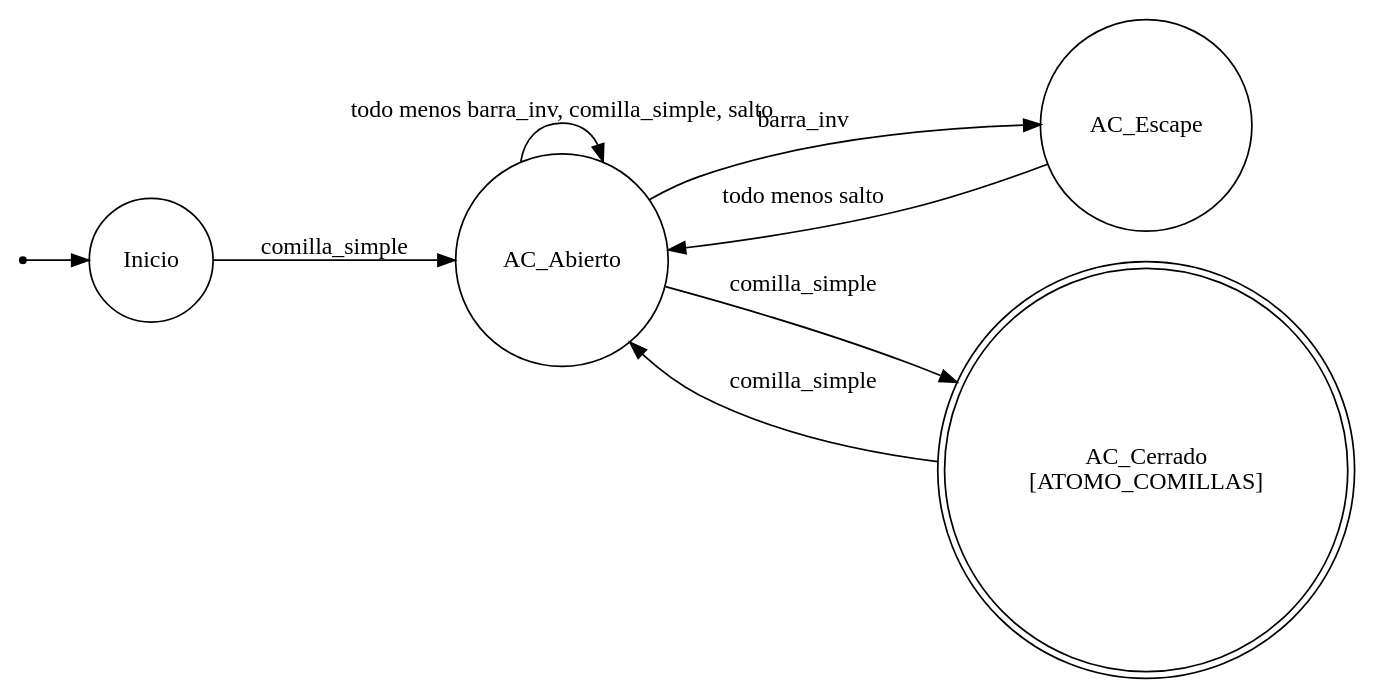
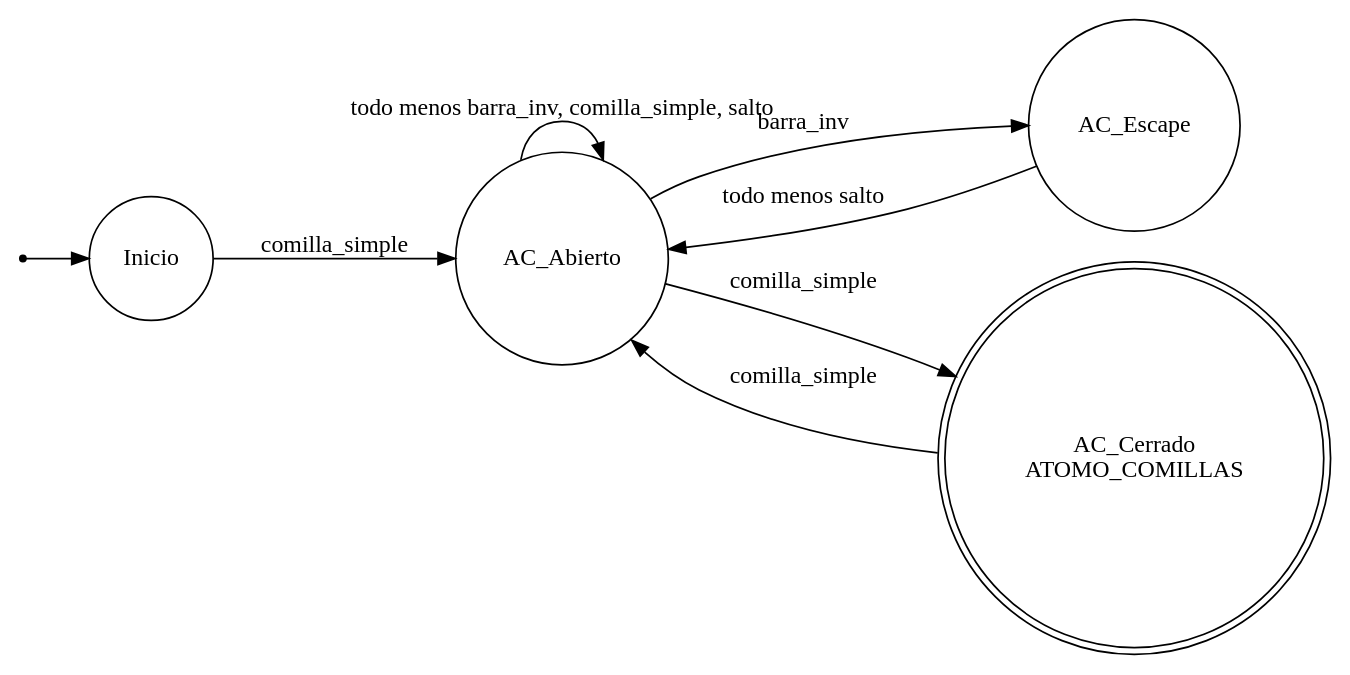
Before and after one commit to Insert-name-115/Tarea-de-teoria-de-computacion: the diagram in automatas/atomo_comillas.dot, drawn with Graphviz. The commit also changed 16 other files, not shown here.

```diff
--- a/automatas/atomo_comillas.dot
+++ b/automatas/atomo_comillas.dot
@@ -1,15 +1,15 @@
 digraph ATOMO_COMILLAS {
 	rankdir=LR
 	"" [shape=point]
+	AC_Escape [shape=circle]
+	AC_Abierto [shape=circle]
+	AC_Cerrado [label="AC_Cerrado\nATOMO_COMILLAS" shape=doublecircle]
 	Inicio [shape=circle]
-	AC_Escape [shape=circle]
-	AC_Cerrado [label="AC_Cerrado\n[ATOMO_COMILLAS]" shape=doublecircle]
-	AC_Abierto [shape=circle]
 	"" -> Inicio
 	Inicio -> AC_Abierto [label=comilla_simple]
 	AC_Abierto -> AC_Abierto [label="todo menos barra_inv, comilla_simple, salto"]
 	AC_Abierto -> AC_Escape [label=barra_inv]
 	AC_Escape -> AC_Abierto [label="todo menos salto"]
 	AC_Abierto -> AC_Cerrado [label=comilla_simple]
 	AC_Cerrado -> AC_Abierto [label=comilla_simple]
 }
```
